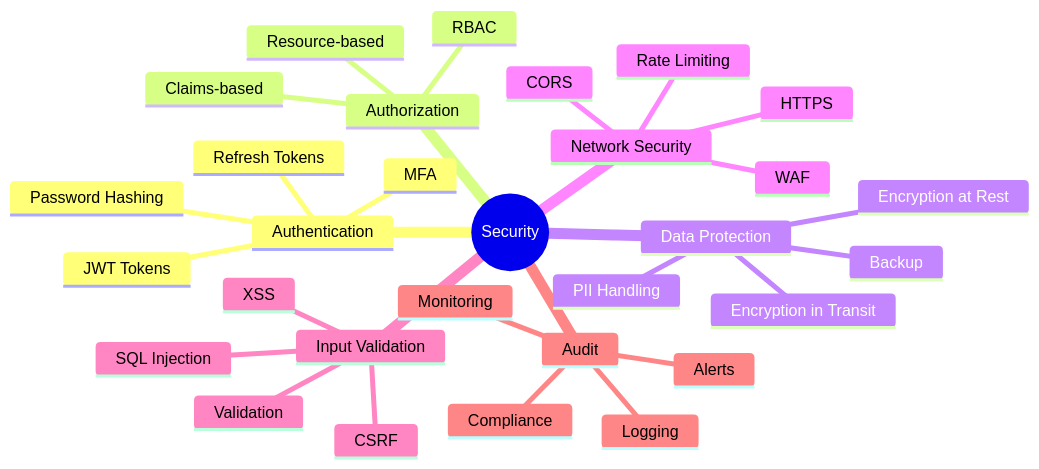
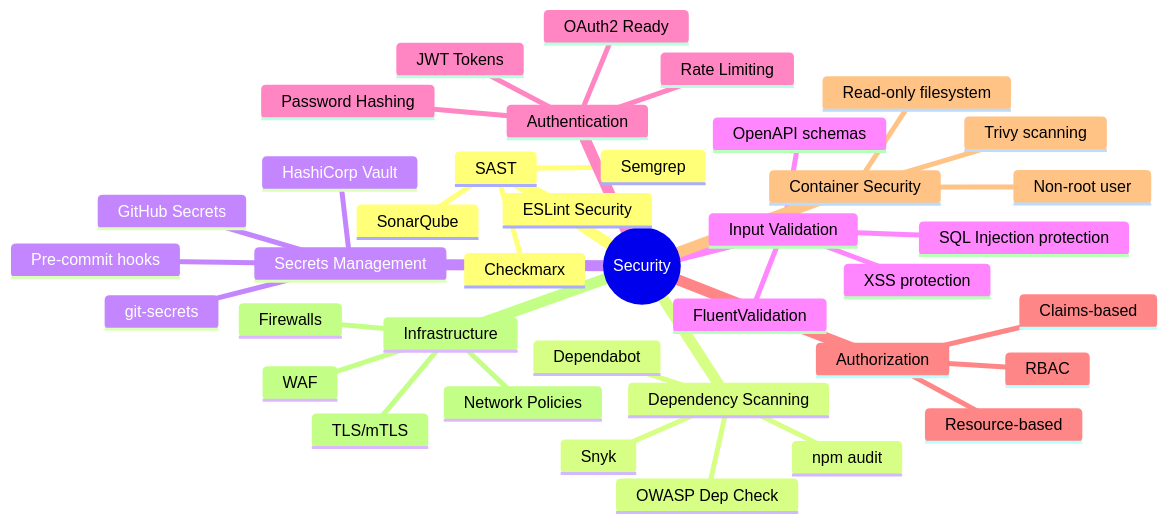
Before and after one commit to Goldie228/GoldPC: the first of 2 diagrams in development-plan/07-security.md, drawn with Mermaid. The commit also changed other lines of this file and 10 other files, not shown here.

````diff
--- a/development-plan/07-security.md
+++ b/development-plan/07-security.md
@@ -29,33 +50,42 @@
 ```mermaid
 mindmap
   root((Security))
+    SAST
+      SonarQube
+      Semgrep
+      Checkmarx
+      ESLint Security
+    Dependency Scanning
+      Snyk
+      OWASP Dep Check
+      npm audit
+      Dependabot
+    Secrets Management
+      git-secrets
+      HashiCorp Vault
+      GitHub Secrets
+      Pre-commit hooks
+    Input Validation
+      OpenAPI schemas
+      FluentValidation
+      SQL Injection protection
+      XSS protection
     Authentication
       JWT Tokens
-      Refresh Tokens
+      OAuth2 Ready
       Password Hashing
-      MFA
+      Rate Limiting
     Authorization
       RBAC
       Resource-based
       Claims-based
-    Data Protection
-      Encryption at Rest
-      Encryption in Transit
-      PII Handling
-      Backup
-    Network Security
-      HTTPS
-      CORS
-      Rate Limiting
+    Container Security
+      Trivy scanning
+      Non-root user
+      Read-only filesystem
+    Infrastructure
+      Network Policies
+      TLS/mTLS
       WAF
-    Input Validation
-      SQL Injection
-      XSS
-      CSRF
-      Validation
-    Audit
-      Logging
-      Monitoring
-      Alerts
-      Compliance
+      Firewalls
 ```
````
